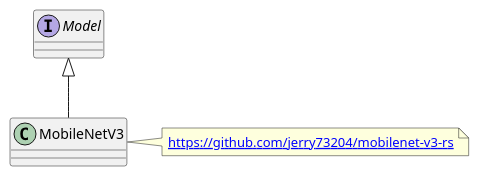
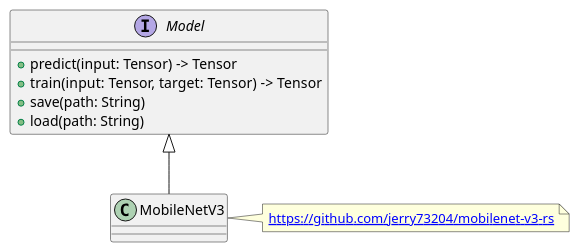
Before and after one commit to 93nezyr/clutch-pict: the diagram in 00_doc/model_class.pu, drawn with PlantUML. The commit also changed 3 other files, not shown here.

```diff
--- a/00_doc/model_class.pu
+++ b/00_doc/model_class.pu
@@ -1,16 +1,19 @@
 @startuml model
 
 interface Model {
-
+    + predict(input: Tensor) -> Tensor
+    + train(input: Tensor, target: Tensor) -> Tensor
+    + save(path: String)
+    + load(path: String)
 }
 
 class MobileNetV3 {
 
 }
 note right of MobileNetV3
     [[https://github.com/jerry73204/mobilenet-v3-rs]]
 end note
 
 MobileNetV3 -up-|> Model
 
 @enduml
```
